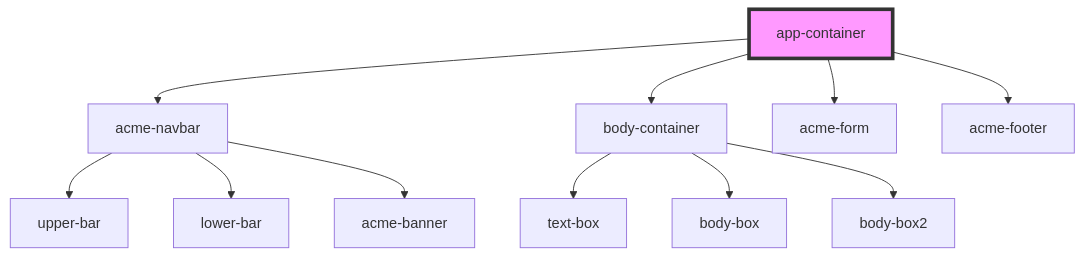
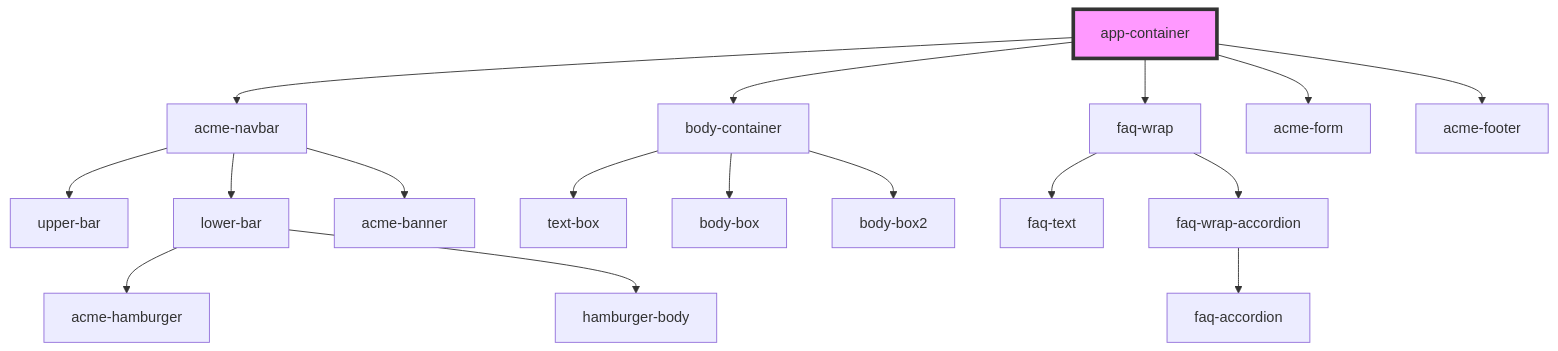
The diagram in src/components/app-container/readme.md (LucaArgentieri/ACME-Enterprise), drawn with Mermaid before and after one commit. The commit also changed other lines of this file and 8 other files, not shown here.

````diff
--- a/src/components/app-container/readme.md
+++ b/src/components/app-container/readme.md
@@ -18,14 +19,20 @@
 ```mermaid
 graph TD;
   app-container --> acme-navbar
   app-container --> body-container
+  app-container --> faq-wrap
   app-container --> acme-form
   app-container --> acme-footer
   acme-navbar --> upper-bar
   acme-navbar --> lower-bar
   acme-navbar --> acme-banner
+  lower-bar --> acme-hamburger
+  lower-bar --> hamburger-body
   body-container --> text-box
   body-container --> body-box
   body-container --> body-box2
+  faq-wrap --> faq-text
+  faq-wrap --> faq-wrap-accordion
+  faq-wrap-accordion --> faq-accordion
   style app-container fill:#f9f,stroke:#333,stroke-width:4px
 ```
````
